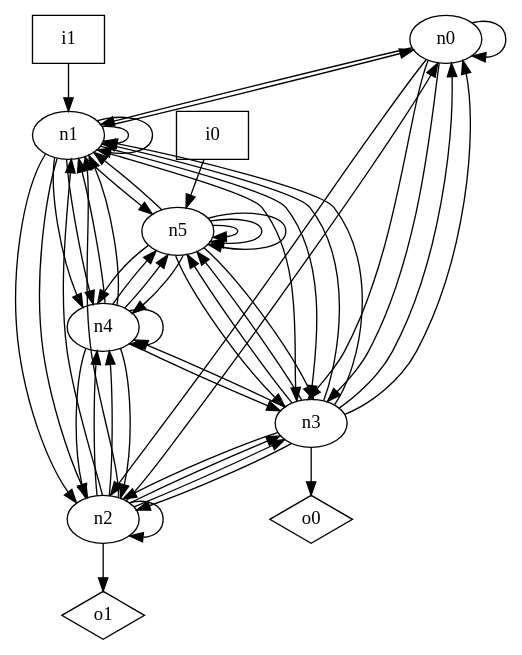
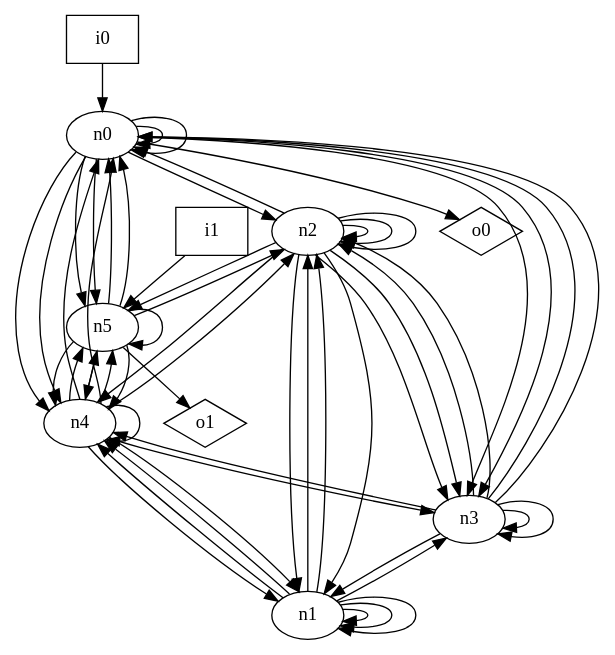
Before and after one commit to p9romain/bool-circuits: the diagram in dot_files/random_graph/undirected_graph.dot, drawn with Graphviz. The commit also changed 46 other files, not shown here.

```diff
--- a/dot_files/random_graph/undirected_graph.dot
+++ b/dot_files/random_graph/undirected_graph.dot
@@ -1,64 +1,68 @@
 digraph G {
 n0 [label="n0"];
 n1 [label="n1"];
 n2 [label="n2"];
 n3 [label="n3"];
 n4 [label="n4"];
 n5 [label="n5"];
 n6 [label="i0",shape="box"];
 n7 [label="i1",shape="box"];
 n8 [label="o0",shape="diamond"];
 n9 [label="o1",shape="diamond"];
 n0 -> n0
-n0 -> n1
+n0 -> n0
 n0 -> n2
 n0 -> n3
 n0 -> n3
-n1 -> n0
+n0 -> n4
+n0 -> n4
+n0 -> n5
+n0 -> n5
+n0 -> n8
+n1 -> n1
 n1 -> n1
 n1 -> n1
 n1 -> n2
 n1 -> n2
 n1 -> n3
-n1 -> n3
 n1 -> n4
 n1 -> n4
-n1 -> n5
 n2 -> n0
 n2 -> n1
 n2 -> n1
 n2 -> n2
+n2 -> n2
+n2 -> n2
 n2 -> n3
 n2 -> n3
 n2 -> n4
-n2 -> n4
-n2 -> n9
+n2 -> n5
 n3 -> n0
 n3 -> n0
 n3 -> n1
-n3 -> n1
 n3 -> n2
 n3 -> n2
+n3 -> n3
+n3 -> n3
 n3 -> n4
-n3 -> n5
-n3 -> n5
-n3 -> n8
+n4 -> n0
+n4 -> n0
 n4 -> n1
 n4 -> n1
-n4 -> n2
 n4 -> n2
 n4 -> n3
 n4 -> n4
 n4 -> n5
 n4 -> n5
-n5 -> n1
-n5 -> n3
-n5 -> n3
+n4 -> n5
+n5 -> n0
+n5 -> n0
+n5 -> n2
+n5 -> n4
 n5 -> n4
 n5 -> n4
 n5 -> n5
-n5 -> n5
-n5 -> n5
-n6 -> n5
-n7 -> n1
+n5 -> n9
+n6 -> n0
+n7 -> n5
 }
```
